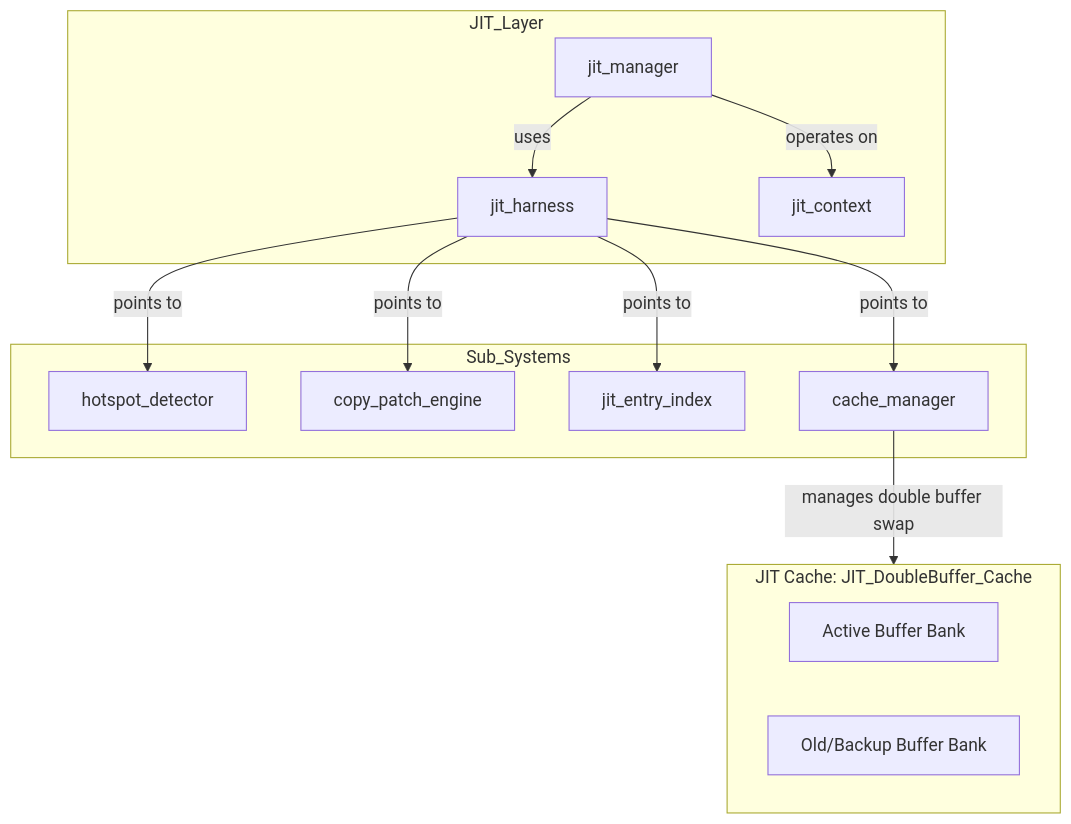
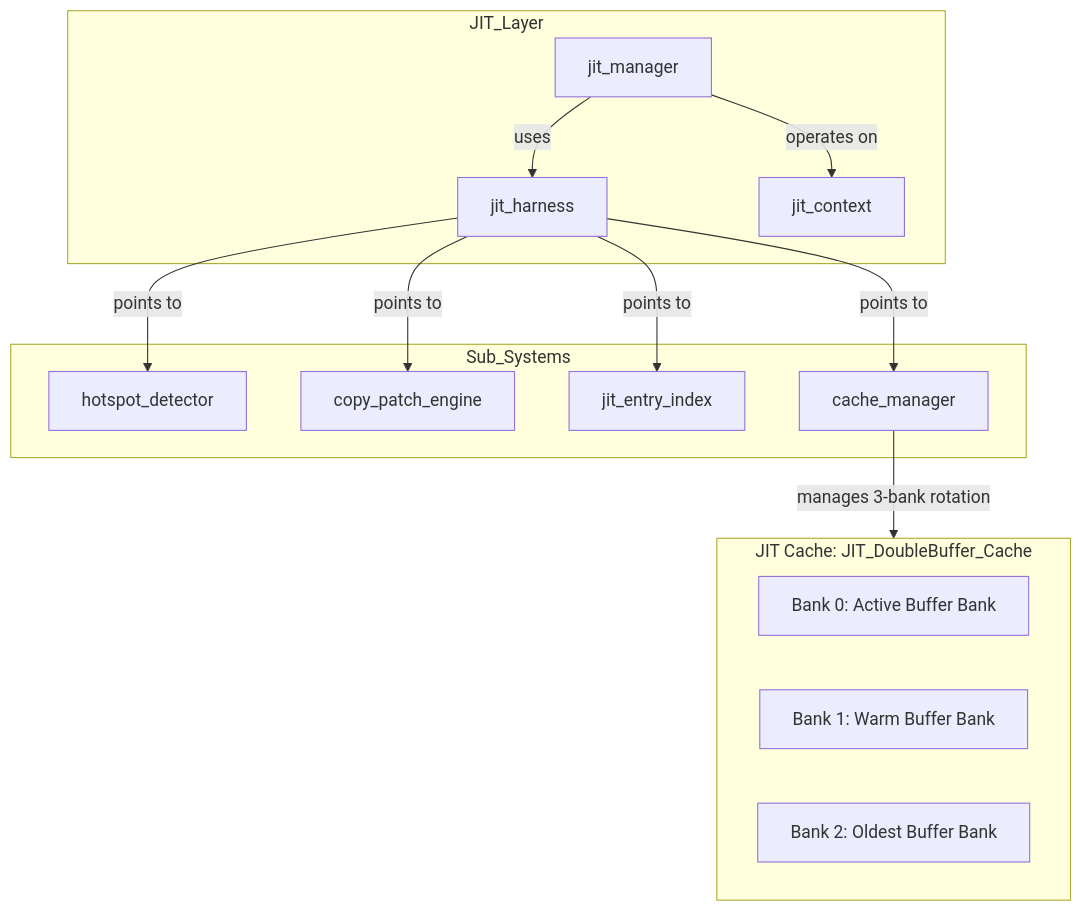
One commit to kmt-t/fireball changed the first of 3 diagrams in docs/components/tier2_jit/jit_compiler.md. Above: the diagram before and after it, drawn with Mermaid. The commit also changed 6 other files, not shown here.

````diff
--- a/docs/components/tier2_jit/jit_compiler.md
+++ b/docs/components/tier2_jit/jit_compiler.md
@@ -28,28 +28,29 @@
 ```mermaid
 graph TD
     subgraph JIT_Layer
         Harness[jit_harness]
         Manager[jit_manager]
         Context[jit_context]
     end
 
     subgraph Sub_Systems
         Detector[hotspot_detector]
         Engine[copy_patch_engine]
         Index[jit_entry_index]
         Cache[cache_manager]
     end
 
     subgraph Memory_Buffers ["JIT Cache: JIT_DoubleBuffer_Cache"]
-        ActiveBuffer[Active Buffer Bank]
-        OldBuffer[Old/Backup Buffer Bank]
+        ActiveBuffer[Bank 0: Active Buffer Bank]
+        WarmBuffer[Bank 1: Warm Buffer Bank]
+        OldBuffer[Bank 2: Oldest Buffer Bank]
     end
 
     Manager -- uses --> Harness
     Harness -- points to --> Detector
     Harness -- points to --> Engine
     Harness -- points to --> Index
     Harness -- points to --> Cache
-    Cache -- manages double buffer swap --> Memory_Buffers
+    Cache -- manages 3-bank rotation --> Memory_Buffers
     Manager -- operates on --> Context
 ```
````
